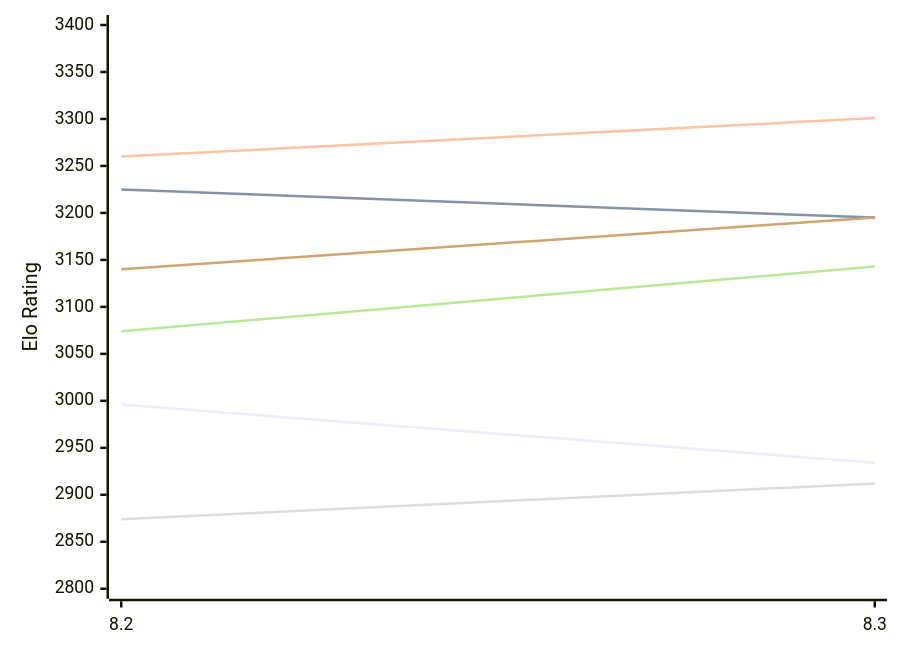
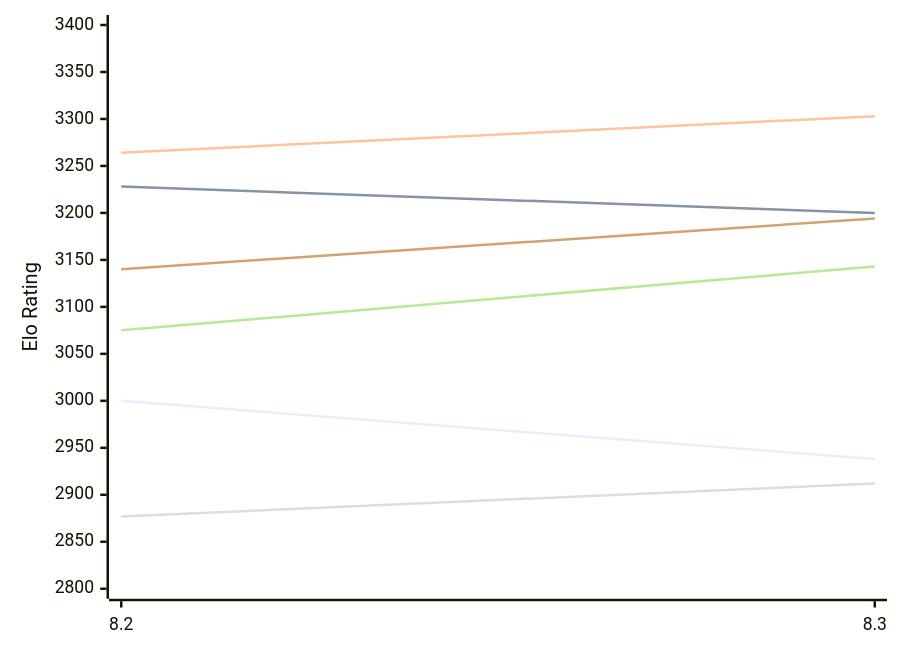
Before and after one commit to computer-chess-index/cci: the first of 2 diagrams in engines/Alexander.md, drawn with Mermaid. The commit also changed other lines of this file, not shown here.

Commit message:
Update CCI Ratings (ELO VLTC) - 2026-11-22

````diff
--- a/engines/Alexander.md
+++ b/engines/Alexander.md
@@ -52,12 +52,12 @@
 ```mermaid
 %%{init: {"theme":"base","themeVariables":{"seriesColors:['#a3a3a3','#222221','#faa371']}}}%%
 xychart-beta
   x-axis ["8.2", "8.3"]
   y-axis "Elo Rating" 2800 --> 3400
-  line "E1: STC (8.0+0.08s)" [2996, 2934]
-  line "E1: LTC (60.0+0.60s)" [3225, 3195]
-  line "E1: VLTC (2m24s+1.12s)" [3260, 3301]
-  line "P1: STC (8.0+0.08s)" [2874, 2912]
-  line "P1: LTC (60.0+0.60s)" [3074, 3143]
-  line "P1: VLTC (2m24s+1.12s)" [3140, 3195]
+  line "E1: STC (8.0+0.08s)" [3000, 2938]
+  line "E1: LTC (60.0+0.60s)" [3228, 3200]
+  line "E1: VLTC (2m24s+1.12s)" [3264, 3303]
+  line "P1: STC (8.0+0.08s)" [2877, 2912]
+  line "P1: LTC (60.0+0.60s)" [3075, 3143]
+  line "P1: VLTC (2m24s+1.12s)" [3140, 3194]
 ```
````
